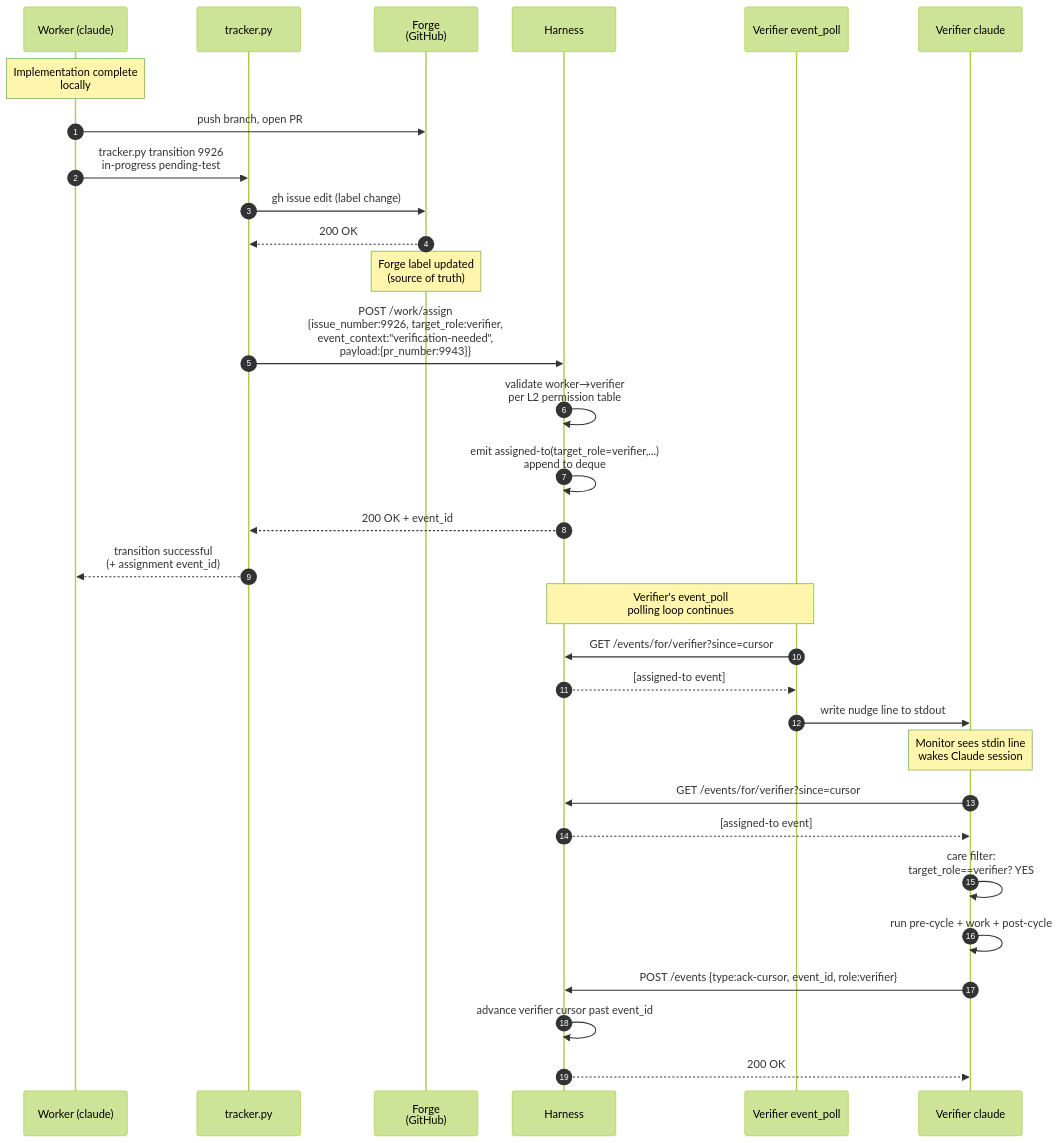
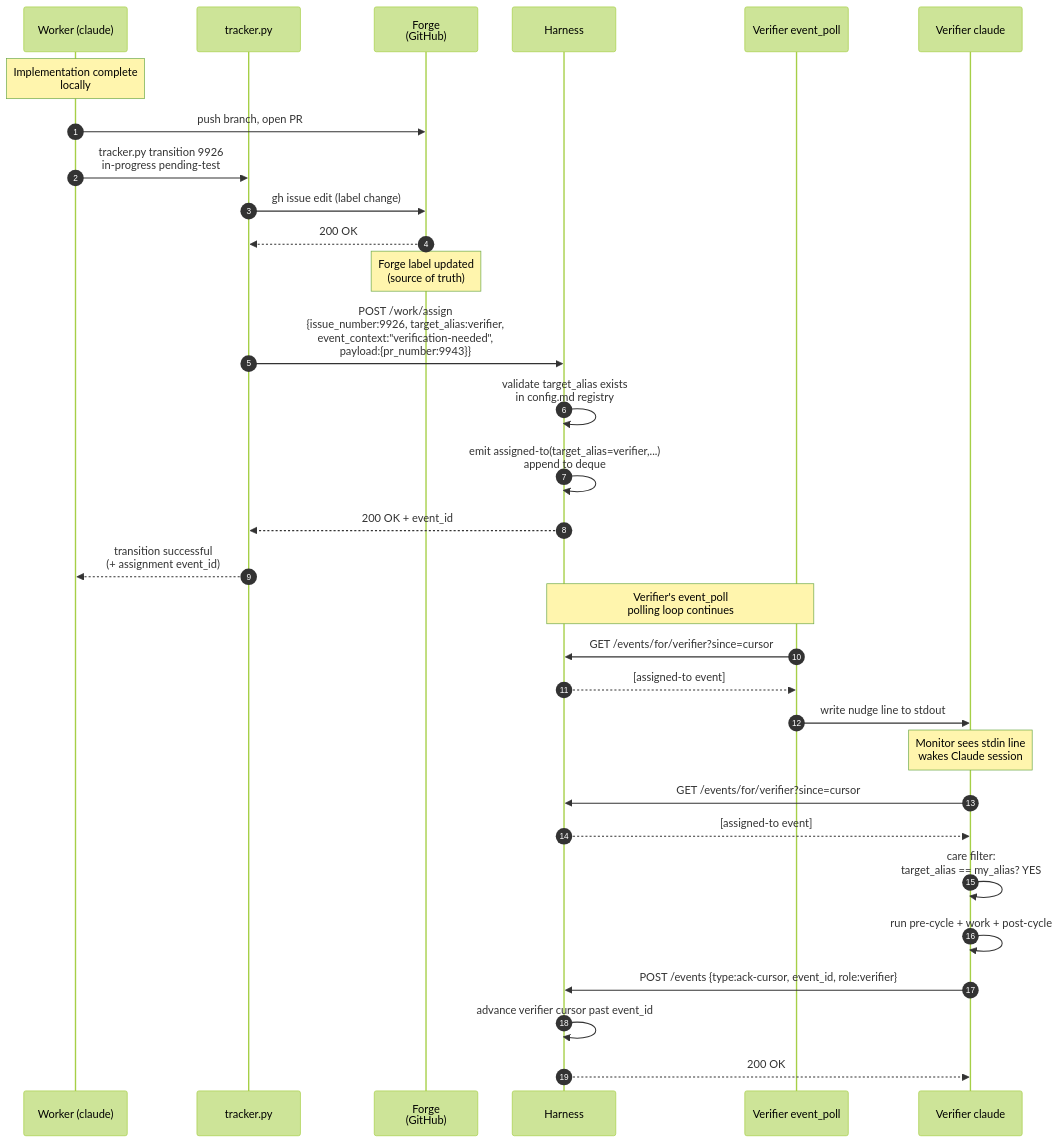
Before and after one commit to WallyDoodlez/SquidSquad: diagram 13 of 16 in docs/AGENT-RUNTIME.md, drawn with Mermaid (forest theme). The commit also changed other lines of this file, not shown here.

First line of the commit message:
pm: AGENT-RUNTIME — class vs alias + retire responsibility.md / permission table

````diff
--- a/docs/AGENT-RUNTIME.md
+++ b/docs/AGENT-RUNTIME.md
@@ -792,38 +804,38 @@
 ```mermaid
 sequenceDiagram
     autonumber
     participant W as Worker (claude)
     participant TR as tracker.py
     participant F as Forge<br/>(GitHub)
     participant H as Harness
     participant VEP as Verifier event_poll
     participant VC as Verifier claude
 
     Note over W: Implementation complete<br/>locally
     W->>F: push branch, open PR #9943
 
     W->>TR: tracker.py transition 9926<br/>in-progress pending-test
     TR->>F: gh issue edit (label change)
     F-->>TR: 200 OK
     Note over F: Forge label updated<br/>(source of truth)
-    TR->>H: POST /work/assign<br/>{issue_number:9926, target_role:verifier,<br/>event_context:"verification-needed",<br/>payload:{pr_number:9943}}
-    H->>H: validate worker→verifier<br/>per L2 permission table
-    H->>H: emit assigned-to(target_role=verifier,...)<br/>append to deque
+    TR->>H: POST /work/assign<br/>{issue_number:9926, target_alias:verifier,<br/>event_context:"verification-needed",<br/>payload:{pr_number:9943}}
+    H->>H: validate target_alias exists<br/>in config.md registry
+    H->>H: emit assigned-to(target_alias=verifier,...)<br/>append to deque
     H-->>TR: 200 OK + event_id
     TR-->>W: transition successful<br/>(+ assignment event_id)
 
     Note over H,VEP: Verifier's event_poll<br/>polling loop continues
 
     VEP->>H: GET /events/for/verifier?since=cursor
     H-->>VEP: [assigned-to event]
     VEP->>VC: write nudge line to stdout
     Note over VC: Monitor sees stdin line<br/>wakes Claude session
 
     VC->>H: GET /events/for/verifier?since=cursor
     H-->>VC: [assigned-to event]
-    VC->>VC: care filter:<br/>target_role==verifier? YES
+    VC->>VC: care filter:<br/>target_alias == my_alias? YES
     VC->>VC: run pre-cycle + work + post-cycle
     VC->>H: POST /events {type:ack-cursor, event_id, role:verifier}
     H->>H: advance verifier cursor past event_id
     H-->>VC: 200 OK
 ```
````
